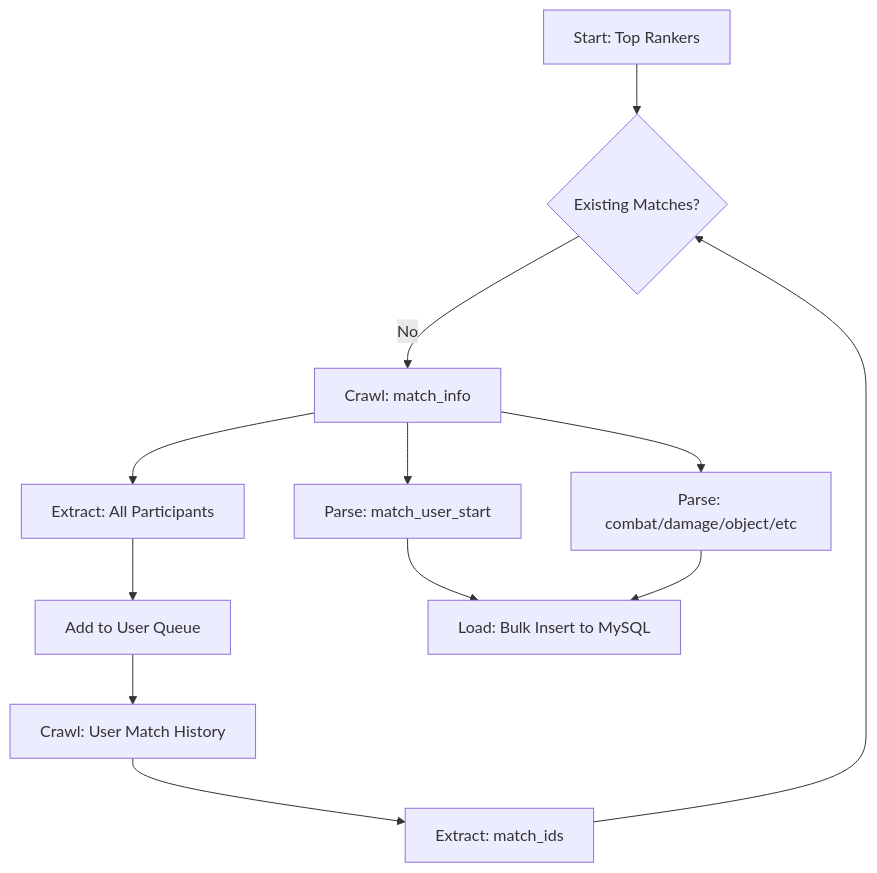
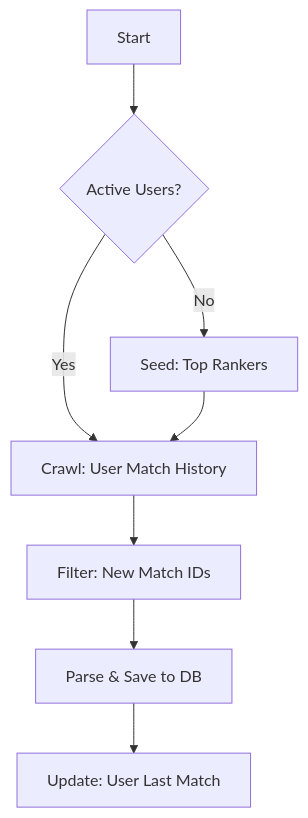
One commit to ksj1368/ER_crawler changed the diagram in README.md. Above: the diagram before and after it, drawn with Mermaid. The commit also changed other lines of this file, not shown here.

````diff
--- a/README.md
+++ b/README.md
@@ -59,14 +140,10 @@
 ```mermaid
 graph TD
-    A[Start: Top Rankers] --> B{Existing Matches?}
-    B -- No --> C[Crawl: match_info]
-    C --> D[Extract: All Participants]
-    D --> E[Add to User Queue]
-    E --> F[Crawl: User Match History]
-    F --> G[Extract: match_ids]
-    G --> B
-    C --> H[Parse: match_user_start]
-    C --> I[Parse: combat/damage/object/etc]
-    H --> J[Load: Bulk Insert to MySQL]
-    I --> J
+    A[Start] --> B{Active Users?}
+    B -- No --> C[Seed: Top Rankers]
+    B -- Yes --> D[Crawl: User Match History]
+    C --> D
+    D --> E[Filter: New Match IDs]
+    E --> F[Parse & Save to DB]
+    F --> G[Update: User Last Match]
 ```
````
